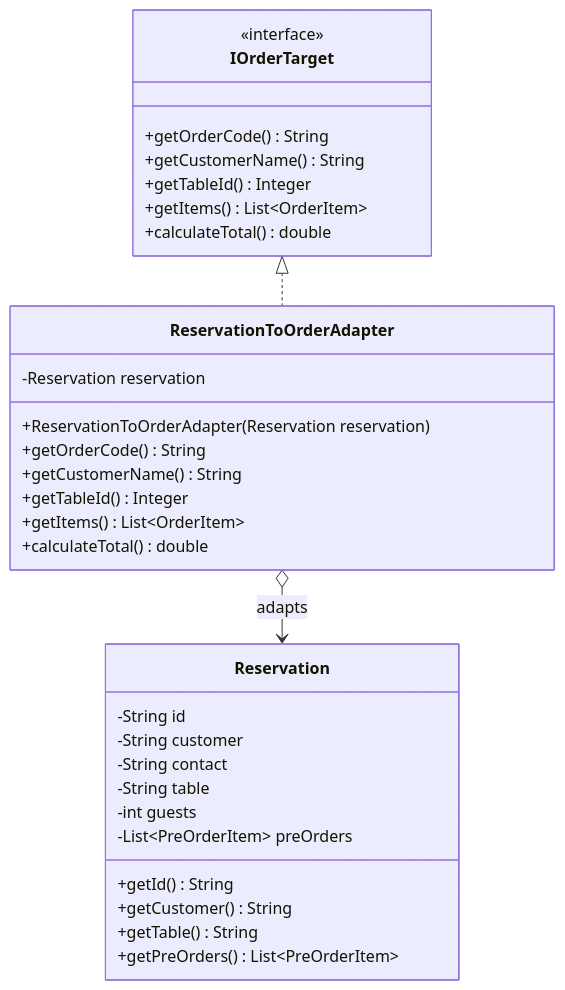
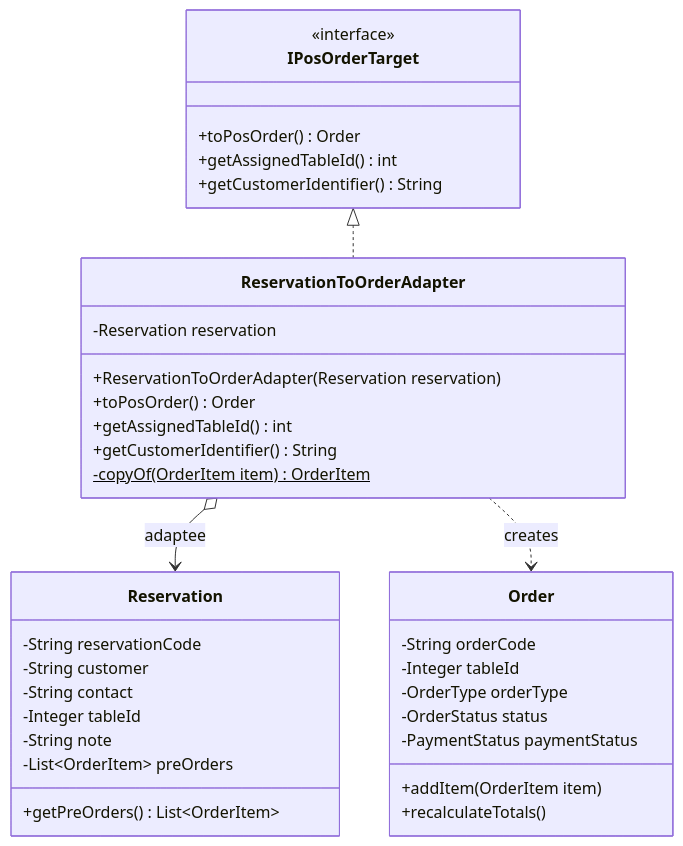
One commit to HubertPhung/WebQuanLyQuanCafe-DesignPatterns changed the sixth of 8 diagrams in docs/DESIGN_PATTERNS_SPEC.md. Above: the diagram before and after it, drawn with Mermaid. The commit also changed other lines of this file, not shown here.

First line of the commit message:
docs: align Adapter UML with ReservationToOrderAdapter implementation (#15)

````diff
--- a/docs/DESIGN_PATTERNS_SPEC.md
+++ b/docs/DESIGN_PATTERNS_SPEC.md
@@ -922,37 +922,42 @@
 ```mermaid
 classDiagram
-    class IOrderTarget {
+    class IPosOrderTarget {
         <<interface>>
-        +getOrderCode() String
-        +getCustomerName() String
-        +getTableId() Integer
-        +getItems() List~OrderItem~
-        +calculateTotal() double
-    }
-
-    class Reservation {
-        -String id
-        -String customer
-        -String contact
-        -String table
-        -int guests
-        -List~PreOrderItem~ preOrders
-        +getId() String
-        +getCustomer() String
-        +getTable() String
-        +getPreOrders() List~PreOrderItem~
+        +toPosOrder() Order
+        +getAssignedTableId() int
+        +getCustomerIdentifier() String
     }
 
     class ReservationToOrderAdapter {
         -Reservation reservation
         +ReservationToOrderAdapter(Reservation reservation)
-        +getOrderCode() String
-        +getCustomerName() String
-        +getTableId() Integer
-        +getItems() List~OrderItem~
-        +calculateTotal() double
+        +toPosOrder() Order
+        +getAssignedTableId() int
+        +getCustomerIdentifier() String
+        -copyOf(OrderItem item)$ OrderItem
     }
 
-    IOrderTarget <|.. ReservationToOrderAdapter
-    ReservationToOrderAdapter o--> Reservation : adapts
+    class Reservation {
+        -String reservationCode
+        -String customer
+        -String contact
+        -Integer tableId
+        -String note
+        -List~OrderItem~ preOrders
+        +getPreOrders() List~OrderItem~
+    }
+
+    class Order {
+        -String orderCode
+        -Integer tableId
+        -OrderType orderType
+        -OrderStatus status
+        -PaymentStatus paymentStatus
+        +addItem(OrderItem item)
+        +recalculateTotals()
+    }
+
+    IPosOrderTarget <|.. ReservationToOrderAdapter
+    ReservationToOrderAdapter o--> Reservation : adaptee
+    ReservationToOrderAdapter ..> Order : creates
 ```
````
